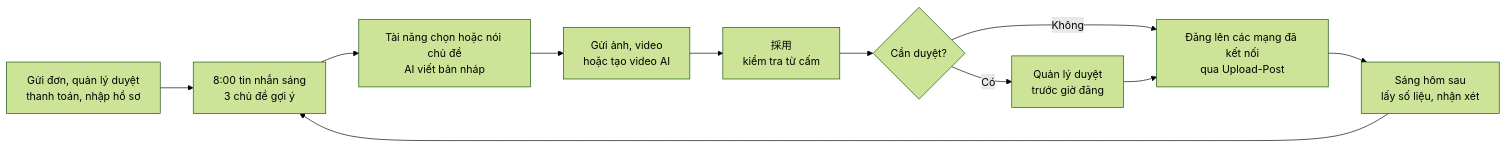
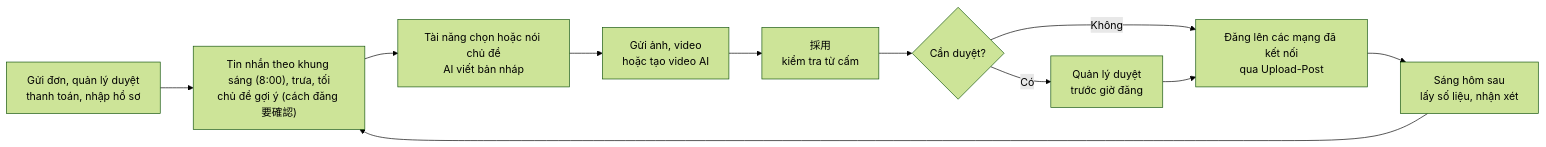
The first of 3 diagrams in Phan_tich/00_Bao_cao_phan_tich_du_an.md (hailt-amcolab/ai_talent_os_docs), drawn with Mermaid (forest theme) before and after one commit. The commit also changed other lines of this file and 188 other files, not shown here.

````diff
--- a/Phan_tich/00_Bao_cao_phan_tich_du_an.md
+++ b/Phan_tich/00_Bao_cao_phan_tich_du_an.md
@@ -106,13 +103,13 @@
 ```mermaid
 flowchart LR
   R["Gửi đơn, quản lý duyệt<br/>thanh toán, nhập hồ sơ"] --> A
-  A["8:00 tin nhắn sáng<br/>3 chủ đề gợi ý"] --> B["Tài năng chọn hoặc nói chủ đề<br/>AI viết bản nháp"]
+  A["Tin nhắn theo khung sáng (8:00), trưa, tối<br/>chủ đề gợi ý (cách đăng 要確認)"] --> B["Tài năng chọn hoặc nói chủ đề<br/>AI viết bản nháp"]
   B --> C["Gửi ảnh, video<br/>hoặc tạo video AI"]
   C --> D["採用<br/>kiểm tra từ cấm"]
   D --> E{"Cần duyệt?"}
   E -- Có --> F["Quản lý duyệt<br/>trước giờ đăng"]
   E -- Không --> G
   F --> G["Đăng lên các mạng đã kết nối<br/>qua Upload-Post"]
   G --> H["Sáng hôm sau<br/>lấy số liệu, nhận xét"]
   H --> A
 ```
````
